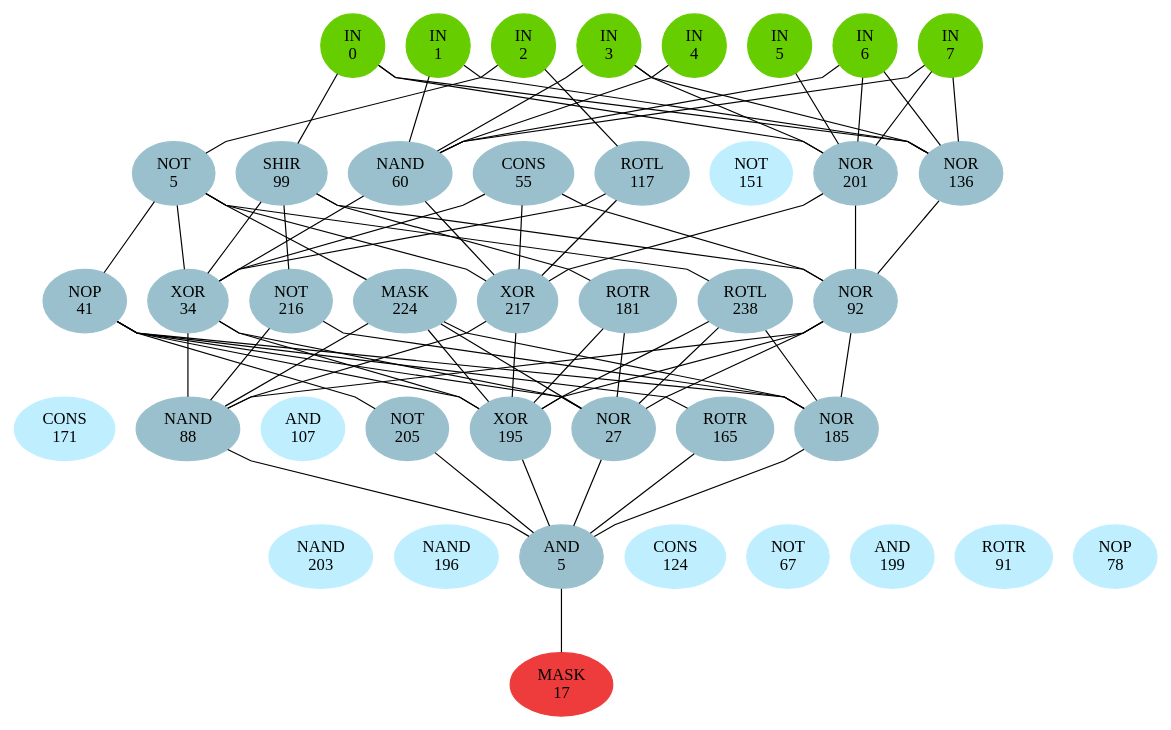
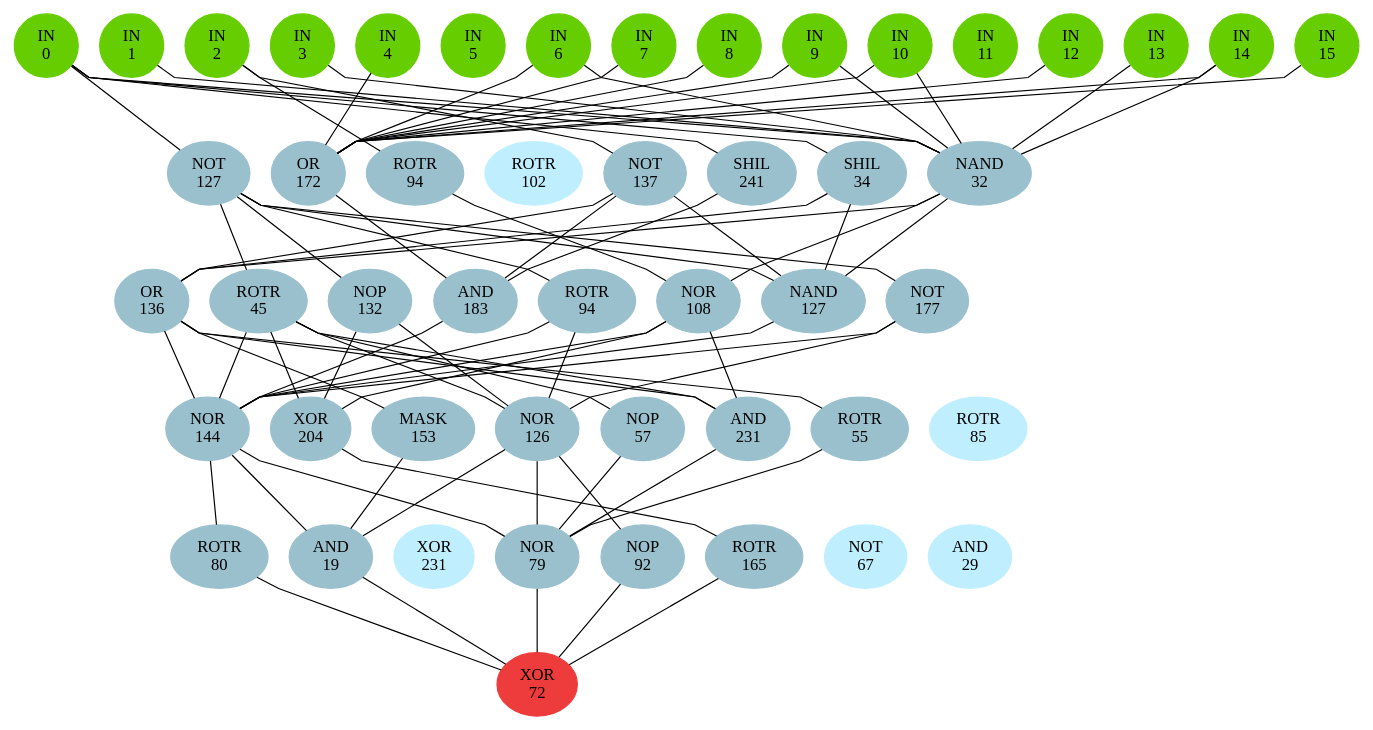
Before and after one commit to Bender250/master-thesis: the diagram in experiments/single-sol/tea/5/pruned_circuit.dot, drawn with Graphviz. The commit also changed 727 other files, not shown here.

```diff
--- a/experiments/single-sol/tea/5/pruned_circuit.dot
+++ b/experiments/single-sol/tea/5/pruned_circuit.dot
@@ -1,179 +1,200 @@
 graph EACircuit {
 rankdir=BT;
 ranksep=0.75;
 ordering=out;
 splines=polyline;
 node [style=filled, color=lightblue2];
 
 { rank=same;
 node [color=chartreuse3];
 "-1_0"[label="IN\n0"];
 node [color=chartreuse3];
 "-1_1"[label="IN\n1"];
 node [color=chartreuse3];
 "-1_2"[label="IN\n2"];
 node [color=chartreuse3];
 "-1_3"[label="IN\n3"];
 node [color=chartreuse3];
 "-1_4"[label="IN\n4"];
 node [color=chartreuse3];
 "-1_5"[label="IN\n5"];
 node [color=chartreuse3];
 "-1_6"[label="IN\n6"];
 node [color=chartreuse3];
 "-1_7"[label="IN\n7"];
+node [color=chartreuse3];
+"-1_8"[label="IN\n8"];
+node [color=chartreuse3];
+"-1_9"[label="IN\n9"];
+node [color=chartreuse3];
+"-1_10"[label="IN\n10"];
+node [color=chartreuse3];
+"-1_11"[label="IN\n11"];
+node [color=chartreuse3];
+"-1_12"[label="IN\n12"];
+node [color=chartreuse3];
+"-1_13"[label="IN\n13"];
+node [color=chartreuse3];
+"-1_14"[label="IN\n14"];
+node [color=chartreuse3];
+"-1_15"[label="IN\n15"];
 }
 { rank=same;
 node [color=lightblue3];
-"0_0"[label="NOT\n5"];
+"0_0"[label="NOT\n127"];
 node [color=lightblue3];
-"0_1"[label="SHIR\n99"];
+"0_1"[label="OR\n172"];
 node [color=lightblue3];
-"0_2"[label="NAND\n60"];
+"0_2"[label="ROTR\n94"];
+node [color=lightblue1];
+"0_3"[label="ROTR\n102"];
 node [color=lightblue3];
-"0_3"[label="CONS\n55"];
+"0_4"[label="NOT\n137"];
 node [color=lightblue3];
-"0_4"[label="ROTL\n117"];
-node [color=lightblue1];
-"0_5"[label="NOT\n151"];
+"0_5"[label="SHIL\n241"];
 node [color=lightblue3];
-"0_6"[label="NOR\n201"];
+"0_6"[label="SHIL\n34"];
 node [color=lightblue3];
-"0_7"[label="NOR\n136"];
+"0_7"[label="NAND\n32"];
 }
 { rank=same;
 node [color=lightblue3];
-"1_0"[label="NOP\n41"];
+"1_0"[label="OR\n136"];
 node [color=lightblue3];
-"1_1"[label="XOR\n34"];
+"1_1"[label="ROTR\n45"];
 node [color=lightblue3];
-"1_2"[label="NOT\n216"];
+"1_2"[label="NOP\n132"];
 node [color=lightblue3];
-"1_3"[label="MASK\n224"];
+"1_3"[label="AND\n183"];
 node [color=lightblue3];
-"1_4"[label="XOR\n217"];
+"1_4"[label="ROTR\n94"];
 node [color=lightblue3];
-"1_5"[label="ROTR\n181"];
+"1_5"[label="NOR\n108"];
 node [color=lightblue3];
-"1_6"[label="ROTL\n238"];
+"1_6"[label="NAND\n127"];
 node [color=lightblue3];
-"1_7"[label="NOR\n92"];
+"1_7"[label="NOT\n177"];
 }
 { rank=same;
+node [color=lightblue3];
+"2_0"[label="NOR\n144"];
+node [color=lightblue3];
+"2_1"[label="XOR\n204"];
+node [color=lightblue3];
+"2_2"[label="MASK\n153"];
+node [color=lightblue3];
+"2_3"[label="NOR\n126"];
+node [color=lightblue3];
+"2_4"[label="NOP\n57"];
+node [color=lightblue3];
+"2_5"[label="AND\n231"];
+node [color=lightblue3];
+"2_6"[label="ROTR\n55"];
 node [color=lightblue1];
-"2_0"[label="CONS\n171"];
-node [color=lightblue3];
-"2_1"[label="NAND\n88"];
-node [color=lightblue1];
-"2_2"[label="AND\n107"];
-node [color=lightblue3];
-"2_3"[label="NOT\n205"];
-node [color=lightblue3];
-"2_4"[label="XOR\n195"];
-node [color=lightblue3];
-"2_5"[label="NOR\n27"];
-node [color=lightblue3];
-"2_6"[label="ROTR\n165"];
-node [color=lightblue3];
-"2_7"[label="NOR\n185"];
+"2_7"[label="ROTR\n85"];
 }
 { rank=same;
+node [color=lightblue3];
+"3_0"[label="ROTR\n80"];
+node [color=lightblue3];
+"3_1"[label="AND\n19"];
 node [color=lightblue1];
-"3_0"[label="NAND\n203"];
+"3_2"[label="XOR\n231"];
+node [color=lightblue3];
+"3_3"[label="NOR\n79"];
+node [color=lightblue3];
+"3_4"[label="NOP\n92"];
+node [color=lightblue3];
+"3_5"[label="ROTR\n165"];
 node [color=lightblue1];
-"3_1"[label="NAND\n196"];
-node [color=lightblue3];
-"3_2"[label="AND\n5"];
+"3_6"[label="NOT\n67"];
 node [color=lightblue1];
-"3_3"[label="CONS\n124"];
-node [color=lightblue1];
-"3_4"[label="NOT\n67"];
-node [color=lightblue1];
-"3_5"[label="AND\n199"];
-node [color=lightblue1];
-"3_6"[label="ROTR\n91"];
-node [color=lightblue1];
-"3_7"[label="NOP\n78"];
+"3_7"[label="AND\n29"];
 }
 { rank=same;
 node [color=brown2];
-"4_0"[label="MASK\n17"];
+"4_0"[label="XOR\n72"];
 }
 edge[style=invis];
-"-1_0" -- "-1_1" -- "-1_2" -- "-1_3" -- "-1_4" -- "-1_5" -- "-1_6" -- "-1_7";
+"-1_0" -- "-1_1" -- "-1_2" -- "-1_3" -- "-1_4" -- "-1_5" -- "-1_6" -- "-1_7" -- "-1_8" -- "-1_9" -- "-1_10" -- "-1_11" -- "-1_12" -- "-1_13" -- "-1_14" -- "-1_15";
 "0_0" -- "0_1" -- "0_2" -- "0_3" -- "0_4" -- "0_5" -- "0_6" -- "0_7";
 "1_0" -- "1_1" -- "1_2" -- "1_3" -- "1_4" -- "1_5" -- "1_6" -- "1_7";
 "2_0" -- "2_1" -- "2_2" -- "2_3" -- "2_4" -- "2_5" -- "2_6" -- "2_7";
 "3_0" -- "3_1" -- "3_2" -- "3_3" -- "3_4" -- "3_5" -- "3_6" -- "3_7";
 "4_0" -- "4_0";
 edge[style=solid];
-"0_0" -- "-1_2";
-"0_1" -- "-1_0";
-"0_2" -- "-1_1";
-"0_2" -- "-1_3";
-"0_2" -- "-1_4";
-"0_2" -- "-1_6";
-"0_2" -- "-1_7";
+"0_0" -- "-1_0";
+"0_1" -- "-1_4";
+"0_1" -- "-1_6";
+"0_1" -- "-1_7";
+"0_1" -- "-1_8";
+"0_1" -- "-1_9";
+"0_1" -- "-1_10";
+"0_1" -- "-1_12";
+"0_1" -- "-1_14";
+"0_1" -- "-1_15";
+"0_2" -- "-1_2";
 "0_4" -- "-1_2";
+"0_5" -- "-1_0";
 "0_6" -- "-1_0";
-"0_6" -- "-1_3";
-"0_6" -- "-1_5";
-"0_6" -- "-1_6";
-"0_6" -- "-1_7";
 "0_7" -- "-1_0";
 "0_7" -- "-1_1";
 "0_7" -- "-1_3";
 "0_7" -- "-1_6";
-"0_7" -- "-1_7";
-"1_0" -- "0_0";
+"0_7" -- "-1_9";
+"0_7" -- "-1_10";
+"0_7" -- "-1_13";
+"0_7" -- "-1_14";
+"1_0" -- "0_4";
+"1_0" -- "0_6";
+"1_0" -- "0_7";
 "1_1" -- "0_0";
-"1_1" -- "0_1";
-"1_1" -- "0_2";
-"1_1" -- "0_3";
-"1_1" -- "0_4";
-"1_2" -- "0_1";
-"1_3" -- "0_0";
+"1_2" -- "0_0";
+"1_3" -- "0_1";
+"1_3" -- "0_4";
+"1_3" -- "0_5";
 "1_4" -- "0_0";
-"1_4" -- "0_2";
-"1_4" -- "0_3";
-"1_4" -- "0_4";
-"1_4" -- "0_6";
-"1_5" -- "0_1";
+"1_5" -- "0_2";
+"1_5" -- "0_7";
 "1_6" -- "0_0";
-"1_7" -- "0_1";
-"1_7" -- "0_3";
-"1_7" -- "0_6";
-"1_7" -- "0_7";
+"1_6" -- "0_4";
+"1_6" -- "0_6";
+"1_6" -- "0_7";
+"1_7" -- "0_0";
+"2_0" -- "1_0";
+"2_0" -- "1_1";
+"2_0" -- "1_3";
+"2_0" -- "1_4";
+"2_0" -- "1_5";
+"2_0" -- "1_6";
+"2_0" -- "1_7";
 "2_1" -- "1_1";
 "2_1" -- "1_2";
-"2_1" -- "1_3";
-"2_1" -- "1_4";
-"2_1" -- "1_7";
-"2_3" -- "1_0";
-"2_4" -- "1_0";
+"2_1" -- "1_5";
+"2_2" -- "1_0";
+"2_3" -- "1_1";
+"2_3" -- "1_2";
+"2_3" -- "1_4";
+"2_3" -- "1_7";
 "2_4" -- "1_1";
-"2_4" -- "1_3";
-"2_4" -- "1_4";
-"2_4" -- "1_5";
-"2_4" -- "1_6";
-"2_4" -- "1_7";
 "2_5" -- "1_0";
 "2_5" -- "1_1";
-"2_5" -- "1_3";
 "2_5" -- "1_5";
-"2_5" -- "1_6";
-"2_5" -- "1_7";
 "2_6" -- "1_0";
-"2_7" -- "1_0";
-"2_7" -- "1_2";
-"2_7" -- "1_3";
-"2_7" -- "1_6";
-"2_7" -- "1_7";
-"3_2" -- "2_1";
-"3_2" -- "2_3";
-"3_2" -- "2_4";
-"3_2" -- "2_5";
-"3_2" -- "2_6";
-"3_2" -- "2_7";
-"4_0" -- "3_2";
+"3_0" -- "2_0";
+"3_1" -- "2_0";
+"3_1" -- "2_2";
+"3_1" -- "2_3";
+"3_3" -- "2_0";
+"3_3" -- "2_3";
+"3_3" -- "2_4";
+"3_3" -- "2_5";
+"3_3" -- "2_6";
+"3_4" -- "2_3";
+"3_5" -- "2_1";
+"4_0" -- "3_0";
+"4_0" -- "3_1";
+"4_0" -- "3_3";
+"4_0" -- "3_4";
+"4_0" -- "3_5";
 }
```
